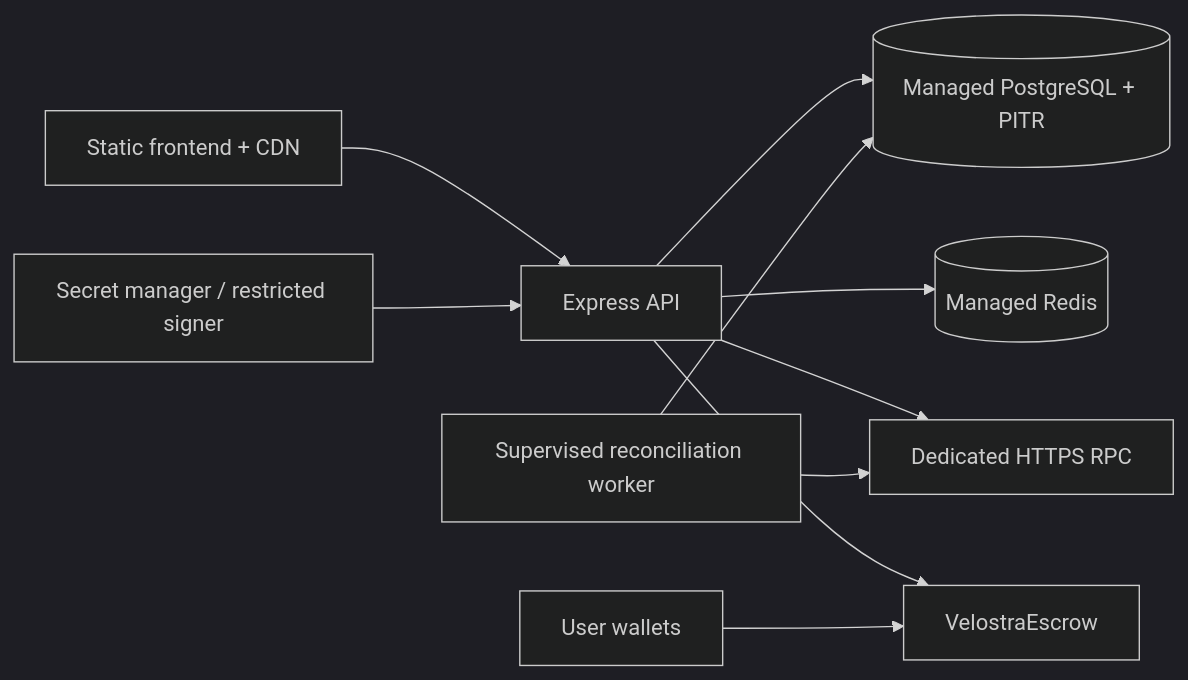
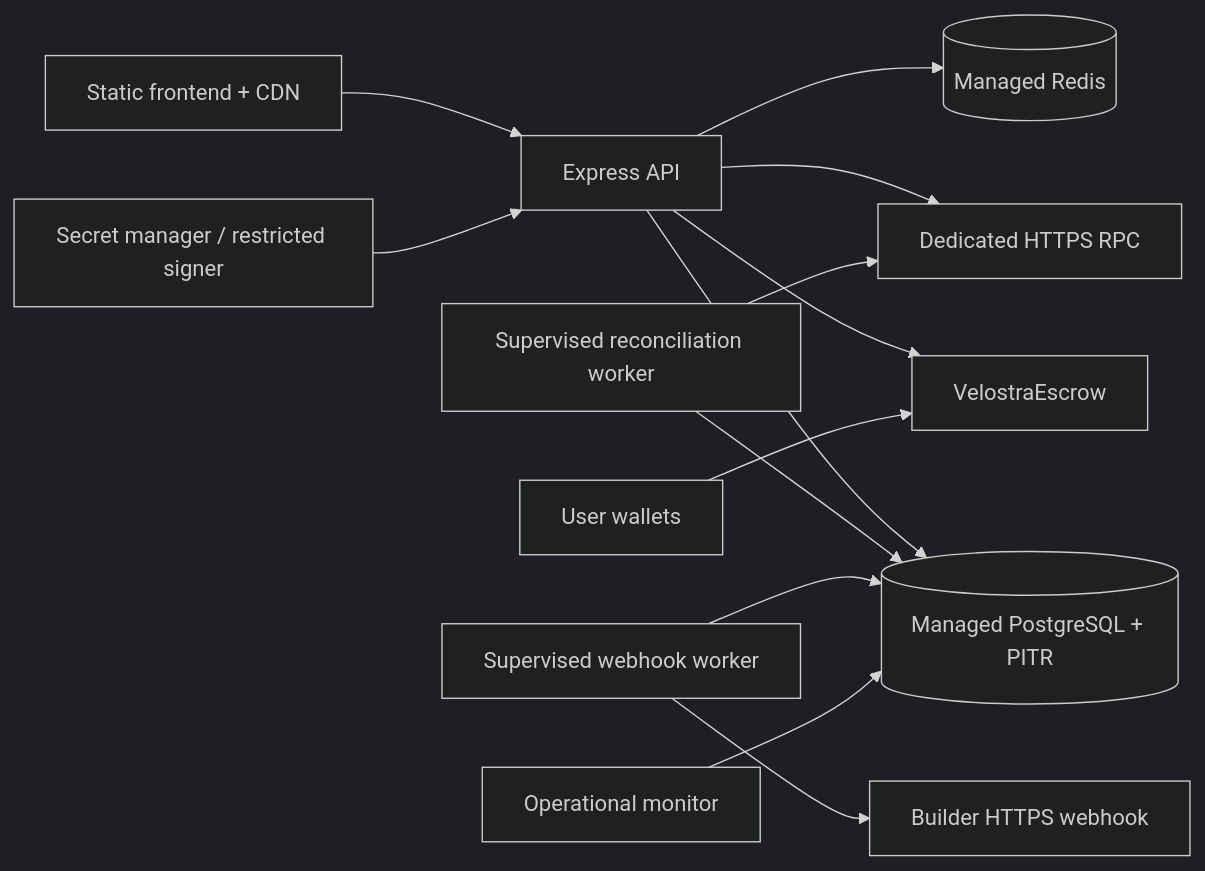
One commit to velostralabs/velostra changed the diagram in docs/DEPLOYMENT.md. Above: the diagram before and after it, drawn with Mermaid (dark theme). The commit also changed other lines of this file and 9 other files, not shown here.

````diff
--- a/docs/DEPLOYMENT.md
+++ b/docs/DEPLOYMENT.md
@@ -20,12 +20,15 @@
 ```mermaid
 flowchart LR
     CDN["Static frontend + CDN"] --> API["Express API"]
     API --> PG[(Managed PostgreSQL + PITR)]
     API --> REDIS[(Managed Redis)]
     API --> RPC["Dedicated HTTPS RPC"]
     WORKER["Supervised reconciliation worker"] --> PG
     WORKER --> RPC
+    HOOKS["Supervised webhook worker"] --> PG
+    HOOKS --> RECEIVER["Builder HTTPS webhook"]
+    MONITOR["Operational monitor"] --> PG
     API --> ESCROW["VelostraEscrow"]
     WALLETS["User wallets"] --> ESCROW
     SECRETS["Secret manager / restricted signer"] --> API
 ```
````
